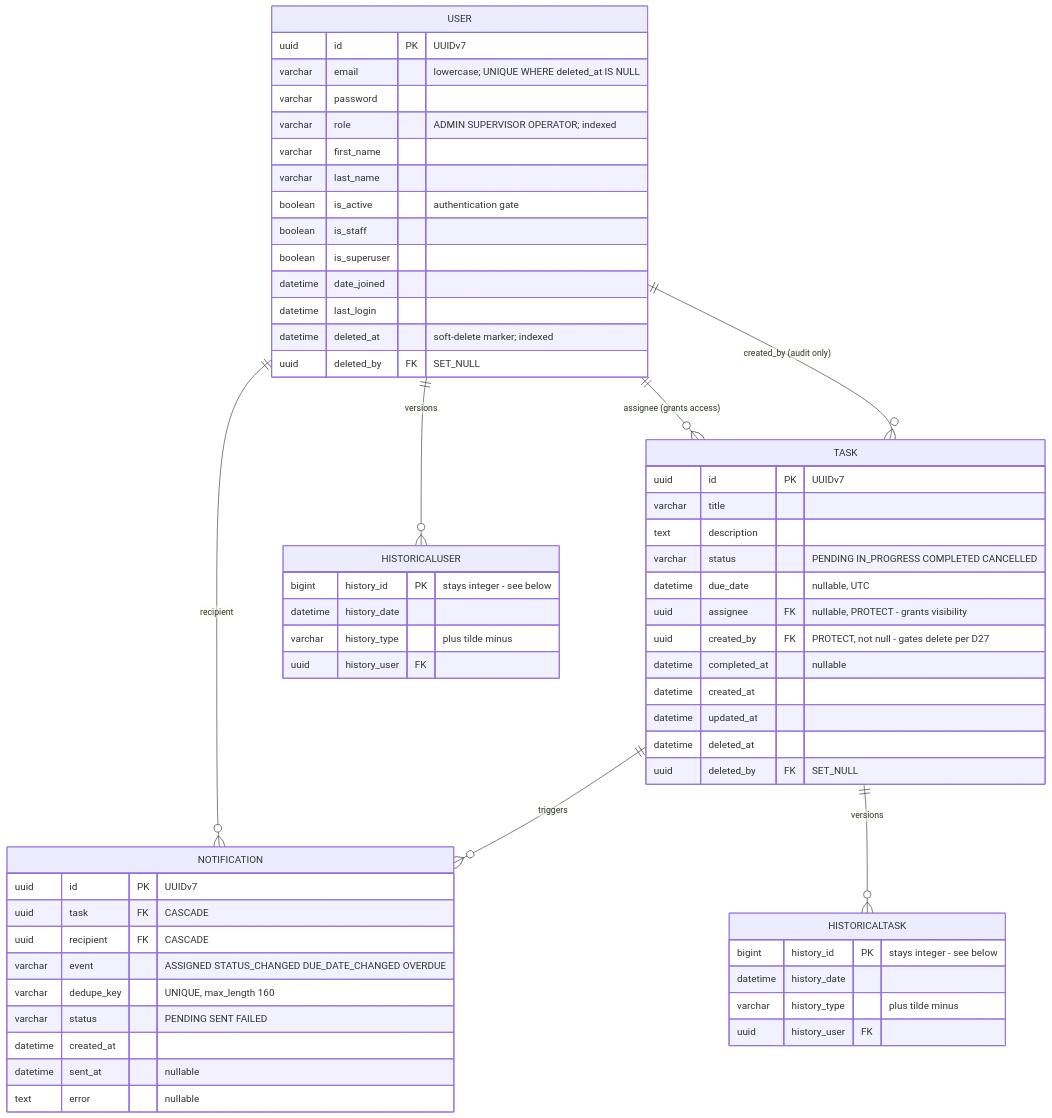
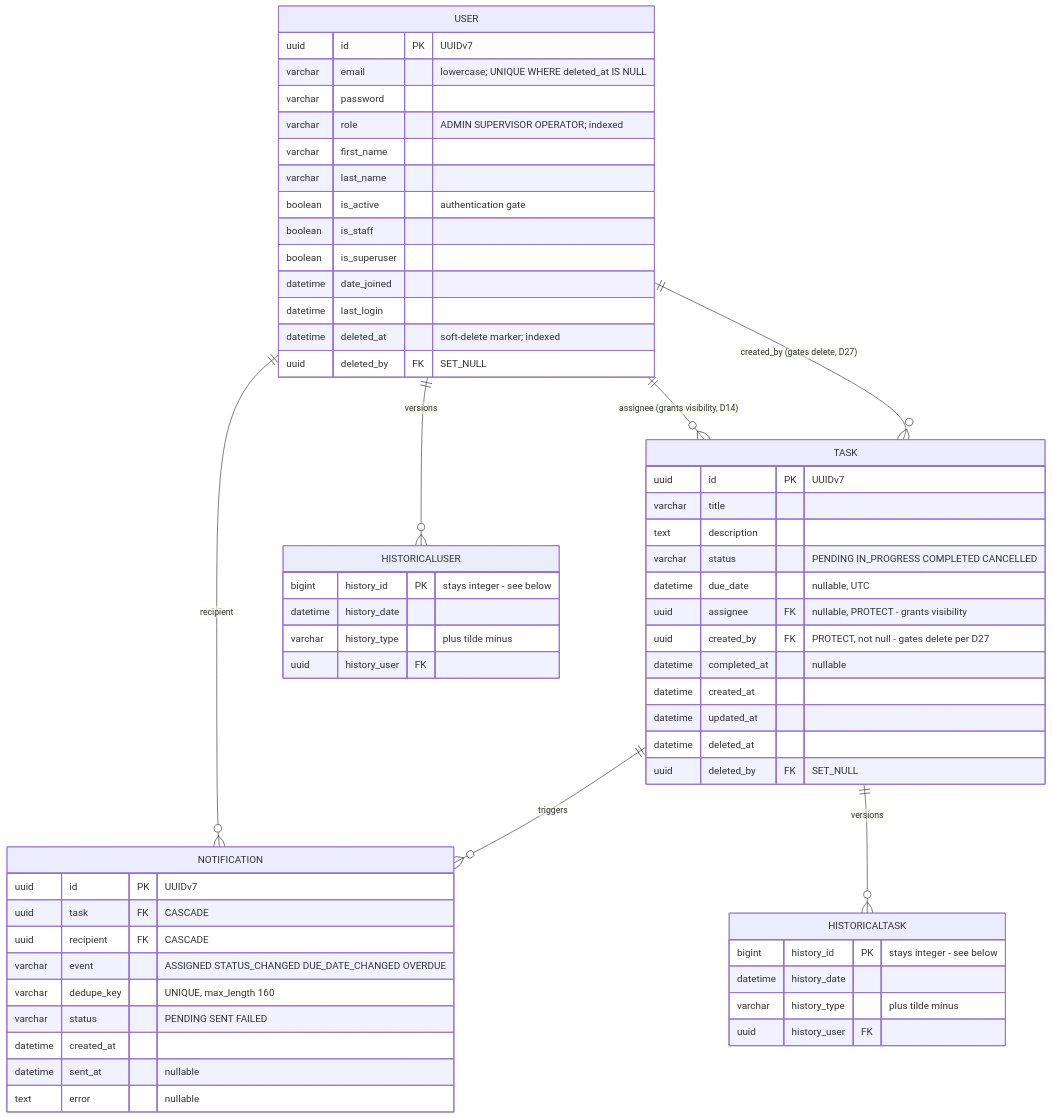
One commit to ivanmviveros/TaskManagementSystem changed the second of 5 diagrams in docs/superpowers/specs/2026-10-05-task-management-system-design.md. Above: the diagram before and after it, drawn with Mermaid. The commit also changed other lines of this file, not shown here.

````diff
--- a/docs/superpowers/specs/2026-10-05-task-management-system-design.md
+++ b/docs/superpowers/specs/2026-10-05-task-management-system-design.md
@@ -286,66 +289,66 @@
 ```mermaid
 erDiagram
-    USER ||--o{ TASK : "created_by (audit only)"
-    USER ||--o{ TASK : "assignee (grants access)"
+    USER ||--o{ TASK : "created_by (gates delete, D27)"
+    USER ||--o{ TASK : "assignee (grants visibility, D14)"
     TASK ||--o{ NOTIFICATION : "triggers"
     USER ||--o{ NOTIFICATION : "recipient"
     USER ||--o{ HISTORICALUSER : "versions"
     TASK ||--o{ HISTORICALTASK : "versions"
 
     USER {
         uuid id PK "UUIDv7"
         varchar email "lowercase; UNIQUE WHERE deleted_at IS NULL"
         varchar password
         varchar role "ADMIN SUPERVISOR OPERATOR; indexed"
         varchar first_name
         varchar last_name
         boolean is_active "authentication gate"
         boolean is_staff
         boolean is_superuser
         datetime date_joined
         datetime last_login
         datetime deleted_at "soft-delete marker; indexed"
         uuid deleted_by FK "SET_NULL"
     }
 
     TASK {
         uuid id PK "UUIDv7"
         varchar title
         text description
         varchar status "PENDING IN_PROGRESS COMPLETED CANCELLED"
         datetime due_date "nullable, UTC"
         uuid assignee FK "nullable, PROTECT - grants visibility"
         uuid created_by FK "PROTECT, not null - gates delete per D27"
         datetime completed_at "nullable"
         datetime created_at
         datetime updated_at
         datetime deleted_at
         uuid deleted_by FK "SET_NULL"
     }
 
     NOTIFICATION {
         uuid id PK "UUIDv7"
         uuid task FK "CASCADE"
         uuid recipient FK "CASCADE"
         varchar event "ASSIGNED STATUS_CHANGED DUE_DATE_CHANGED OVERDUE"
         varchar dedupe_key "UNIQUE, max_length 160"
         varchar status "PENDING SENT FAILED"
         datetime created_at
         datetime sent_at "nullable"
         text error "nullable"
     }
 
     HISTORICALUSER {
         bigint history_id PK "stays integer - see below"
         datetime history_date
         varchar history_type "plus tilde minus"
         uuid history_user FK
     }
 
     HISTORICALTASK {
         bigint history_id PK "stays integer - see below"
         datetime history_date
         varchar history_type "plus tilde minus"
         uuid history_user FK
     }
 ```
````
